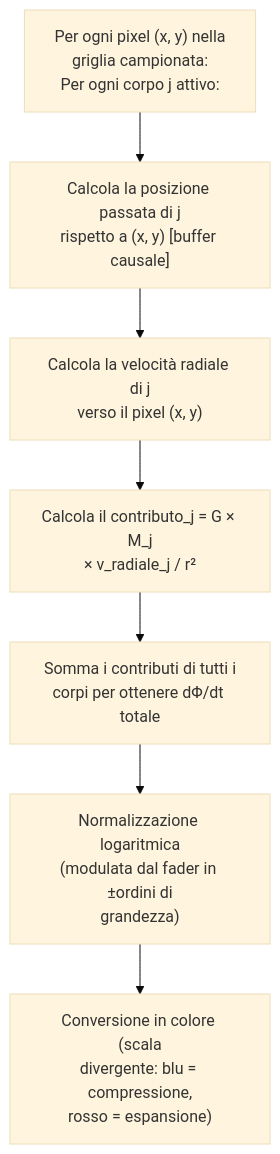
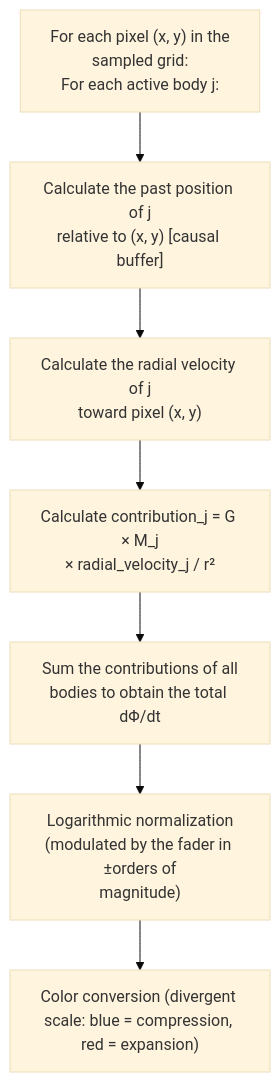
Before and after one commit to alessandro-pioli/AstroCausal_Engine: the sixth of 11 diagrams in ARCHITECTURE_DEEP_DIVE.md, drawn with Mermaid (base theme). The commit also changed other lines of this file and 5 other files, not shown here.

````diff
--- a/ARCHITECTURE_DEEP_DIVE.md
+++ b/ARCHITECTURE_DEEP_DIVE.md
@@ -484,9 +487,9 @@
 ```mermaid
 flowchart TD
-    A["Per ogni pixel (x, y) nella<br/>griglia campionata:<br/>Per ogni corpo j attivo:"] --> B["Calcola la posizione passata di j<br/>rispetto a (x, y) [buffer causale]"]
-    B --> C["Calcola la velocità radiale di j<br/>verso il pixel (x, y)"]
-    C --> D["Calcola il contributo_j = G × M_j<br/>× v_radiale_j / r²"]
-    D --> E["Somma i contributi di tutti i<br/>corpi per ottenere dΦ/dt totale"]
-    E --> F["Normalizzazione logaritmica<br/>(modulata dal fader in ±ordini di<br/>grandezza)"]
-    F --> G["Conversione in colore (scala<br/>divergente: blu = compressione,<br/>rosso = espansione)"]
+    A["For each pixel (x, y) in the<br/>sampled grid:<br/>For each active body j:"] --> B["Calculate the past position of j<br/>relative to (x, y) [causal buffer]"]
+    B --> C["Calculate the radial velocity of j<br/>toward pixel (x, y)"]
+    C --> D["Calculate contribution_j = G × M_j<br/>× radial_velocity_j / r²"]
+    D --> E["Sum the contributions of all<br/>bodies to obtain the total dΦ/dt"]
+    E --> F["Logarithmic normalization<br/>(modulated by the fader in ±orders of<br/>magnitude)"]
+    F --> G["Color conversion (divergent scale: blue = compression, red = expansion)"]
 ```
````
